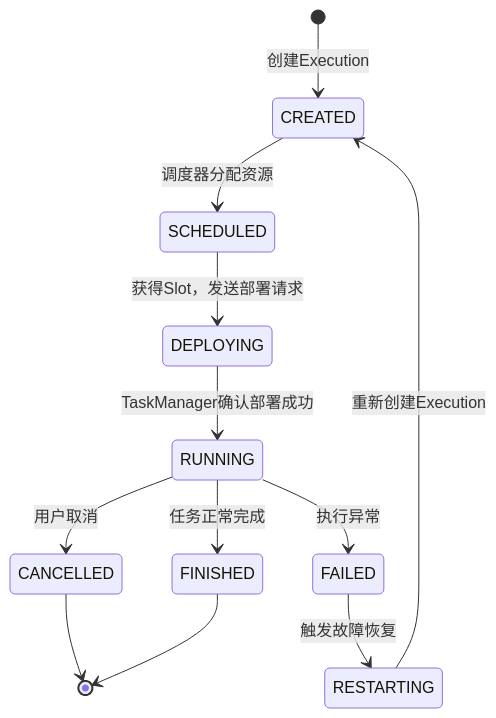
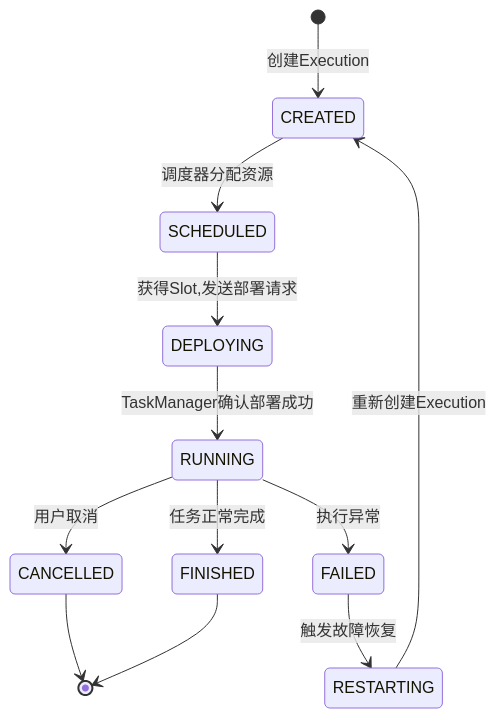
One commit to AdaMartin18010/AnalysisDataFlow changed the fifth of 12 diagrams in Flink/01-concepts/flink-system-architecture-deep-dive.md. Above: the diagram before and after it, drawn with Mermaid. The commit also changed other lines of this file and 634 other files, not shown here.

````diff
--- a/Flink/01-concepts/flink-system-architecture-deep-dive.md
+++ b/Flink/01-concepts/flink-system-architecture-deep-dive.md
@@ -509,14 +509,14 @@
 ```mermaid
 stateDiagram-v2
     [*] --> CREATED: 创建Execution
     CREATED --> SCHEDULED: 调度器分配资源
-    SCHEDULED --> DEPLOYING: 获得Slot，发送部署请求
+    SCHEDULED --> DEPLOYING: 获得Slot,发送部署请求
     DEPLOYING --> RUNNING: TaskManager确认部署成功
     RUNNING --> FINISHED: 任务正常完成
     RUNNING --> FAILED: 执行异常
     RUNNING --> CANCELLED: 用户取消
     FAILED --> RESTARTING: 触发故障恢复
     RESTARTING --> CREATED: 重新创建Execution
     CANCELLED --> [*]
     FINISHED --> [*]
 ```
````
